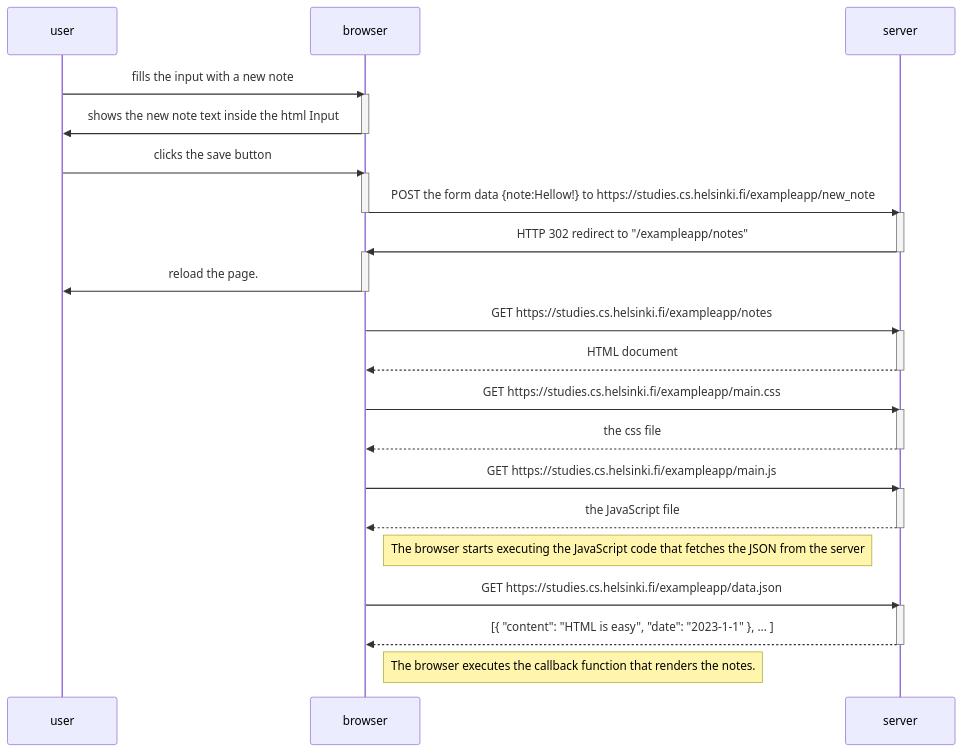
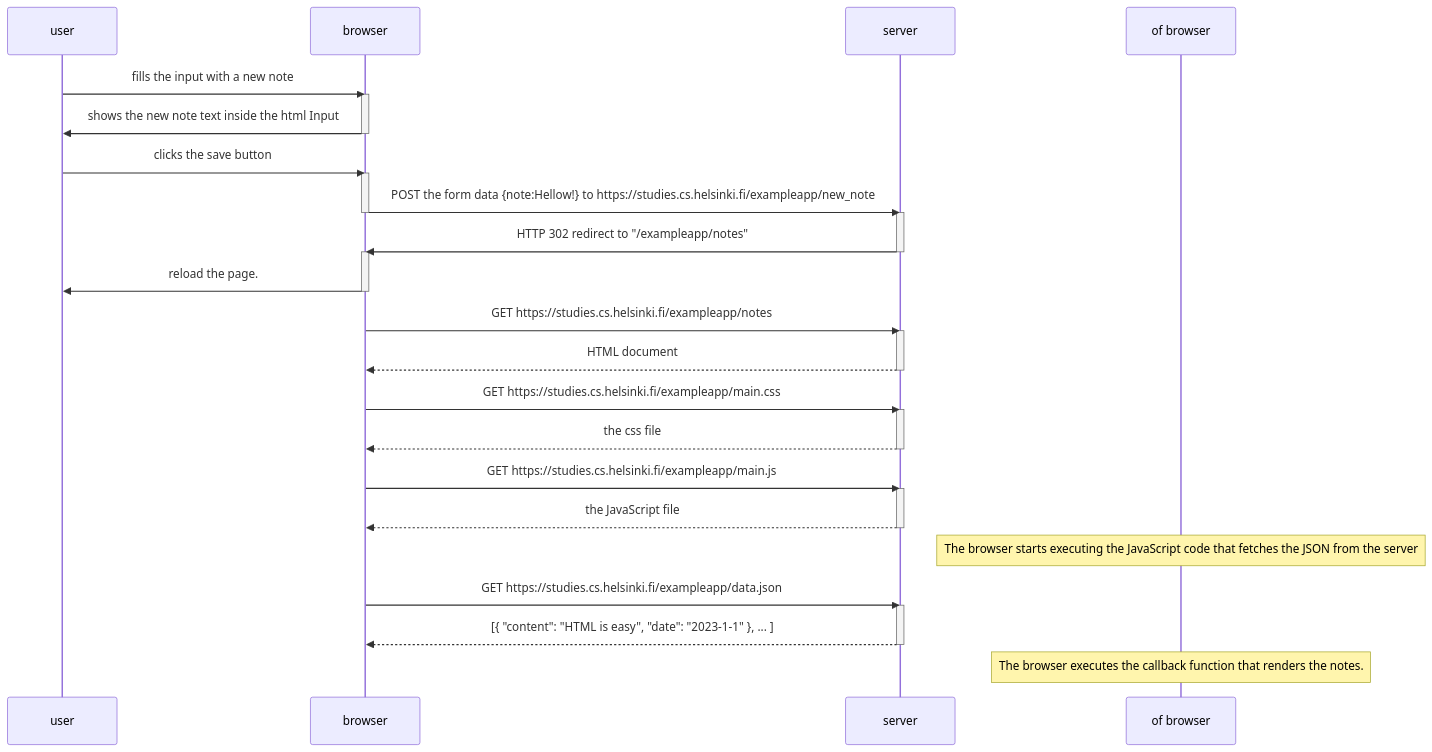
The diagram in part0/0.4/diagram.md (jaimesuarez99/courseFullStackOpen), drawn with Mermaid before and after one commit.

Commit message:
minor changes

````diff
--- a/part0/0.4/diagram.md
+++ b/part0/0.4/diagram.md
@@ -2,46 +2,46 @@
 ```mermaid
 sequenceDiagram
     participant user
     participant browser
     participant server
 
     user->>browser: fills the input with a new note
     activate browser
     browser->>user: shows the new note text inside the html Input
     deactivate browser
 
     user->>browser: clicks the save button
     activate browser
     browser->>server: POST the form data {note:Hellow!} to https://studies.cs.helsinki.fi/exampleapp/new_note
     deactivate browser
     activate server
     server->>browser: HTTP 302 redirect to "/exampleapp/notes"
     deactivate server
     activate browser
     browser->>user: reload the page.
     deactivate browser
 
     browser->>server: GET https://studies.cs.helsinki.fi/exampleapp/notes
     activate server
     server-->>browser: HTML document
     deactivate server
 
     browser->>server: GET https://studies.cs.helsinki.fi/exampleapp/main.css
     activate server
     server-->>browser: the css file
     deactivate server
 
     browser->>server: GET https://studies.cs.helsinki.fi/exampleapp/main.js
     activate server
     server-->>browser: the JavaScript file
     deactivate server
 
-    Note right of browser: The browser starts executing the JavaScript code that fetches the JSON from the server
+    Note over of browser: The browser starts executing the JavaScript code that fetches the JSON from the server
 
     browser->>server: GET https://studies.cs.helsinki.fi/exampleapp/data.json
     activate server
     server-->>browser: [{ "content": "HTML is easy", "date": "2023-1-1" }, ... ]
     deactivate server
 
-    Note right of browser: The browser executes the callback function that renders the notes.
+    Note over of browser: The browser executes the callback function that renders the notes.
 ```
````
